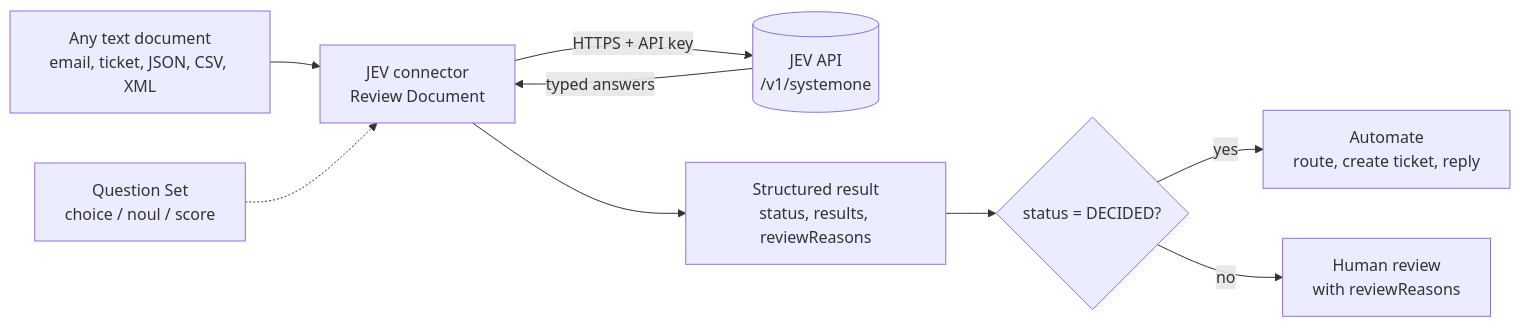
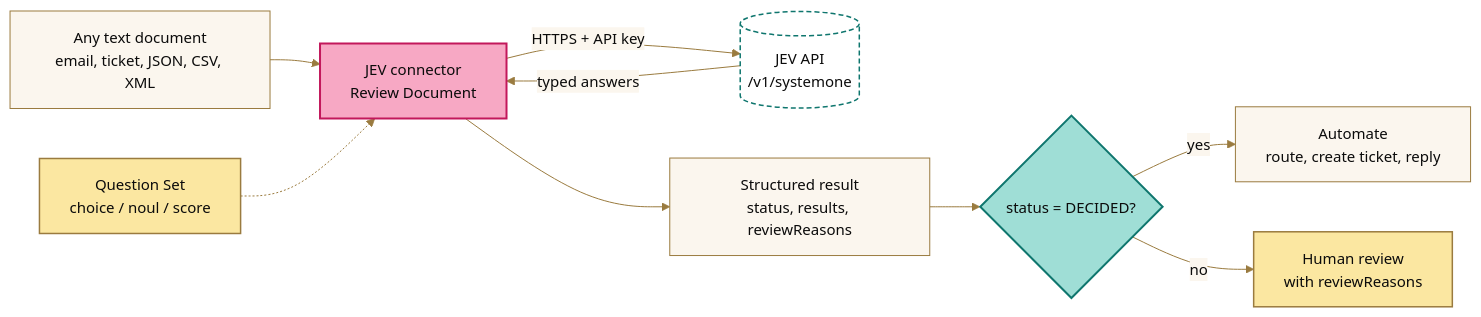
One commit to brianbrinley/BoomiCustomConnectors changed the first of 5 diagrams in jev-connector/README.md. Above: the diagram before and after it, drawn with Mermaid. The commit also changed other lines of this file and 12 other files, not shown here.

````diff
--- a/jev-connector/README.md
+++ b/jev-connector/README.md
@@ -7,11 +12,21 @@
 ```mermaid
+%%{init: {"theme": "base", "fontFamily": "Josefin Sans, trebuchet ms, verdana, arial, sans-serif", "themeVariables": {"fontSize": "15px", "background": "#FBF6EE", "primaryColor": "#FBF6EE", "primaryTextColor": "#0B0B0B", "primaryBorderColor": "#9A7B3F", "lineColor": "#9A7B3F", "textColor": "#0B0B0B", "secondaryColor": "#9FDED6", "tertiaryColor": "#FBE7A1", "edgeLabelBackground": "#FBF6EE", "clusterBkg": "#FBF6EE", "clusterBorder": "#9A7B3F", "actorBkg": "#F7A8C4", "actorBorder": "#C2185B", "actorTextColor": "#0B0B0B", "actorLineColor": "#9A7B3F", "signalColor": "#0B0B0B", "signalTextColor": "#0B0B0B", "labelBoxBkgColor": "#FBE7A1", "labelBoxBorderColor": "#9A7B3F", "labelTextColor": "#0B0B0B", "loopTextColor": "#0B0B0B", "noteBkgColor": "#FBE7A1", "noteBorderColor": "#9A7B3F", "noteTextColor": "#0B0B0B", "activationBkgColor": "#9FDED6", "activationBorderColor": "#0F766E", "sequenceNumberColor": "#FBF6EE"}}}%%
 flowchart LR
     A["Any text document<br/>email, ticket, JSON, CSV, XML"] --> B["JEV connector<br/>Review Document"]
     Q["Question Set<br/>choice / noul / score"] -.-> B
     B -->|"HTTPS + API key"| J[("JEV API<br/>/v1/systemone")]
     J -->|"typed answers"| B
     B --> R["Structured result<br/>status, results, reviewReasons"]
     R --> D{"status = DECIDED?"}
     D -->|yes| AUTO["Automate<br/>route, create ticket, reply"]
     D -->|no| HUMAN["Human review<br/>with reviewReasons"]
+    class B focus
+    class J external
+    class D decision
+    class HUMAN,Q highlight
+    classDef focus fill:#F7A8C4,stroke:#C2185B,stroke-width:2px,color:#0B0B0B
+    classDef decision fill:#9FDED6,stroke:#0F766E,stroke-width:2px,color:#0B0B0B
+    classDef highlight fill:#FBE7A1,stroke:#9A7B3F,stroke-width:1.5px,color:#0B0B0B
+    classDef external fill:#FFFFFF,stroke:#0F766E,stroke-width:1.5px,stroke-dasharray:5 3,color:#0B0B0B
+    classDef error fill:#FFFFFF,stroke:#D03B3B,stroke-width:2px,color:#0B0B0B
 ```
````
